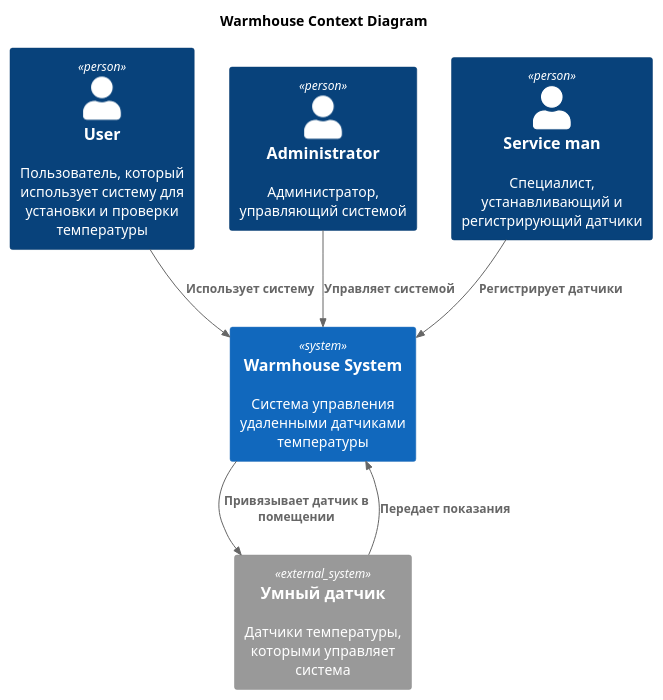
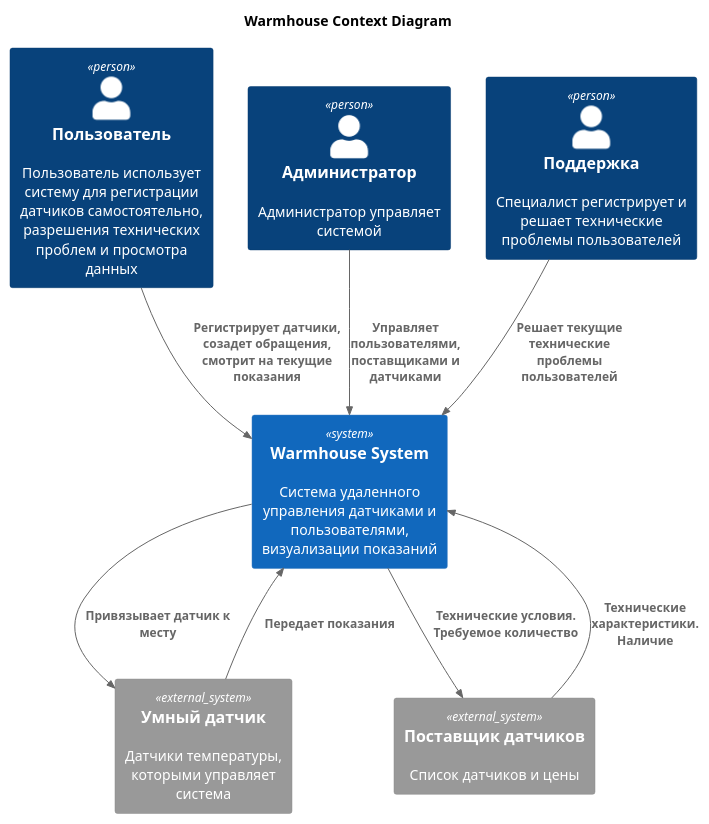
One commit to viceversag/Yandex-Architecture changed the diagram in diagrams/context/Warmhouse_context.puml. Above: the diagram before and after it, drawn with PlantUML. The commit also changed 1 other file, not shown here.

```diff
--- a/diagrams/context/Warmhouse_context.puml
+++ b/diagrams/context/Warmhouse_context.puml
@@ -1,21 +1,23 @@
 @startuml
 title Warmhouse Context Diagram
 
 top to bottom direction
 
 !includeurl https://raw.githubusercontent.com/RicardoNiepel/C4-PlantUML/master/C4_Component.puml
 
-Person(user, "User", "Пользователь, который использует систему для установки и проверки температуры")
-Person(admin, "Administrator", "Администратор, управляющий системой")
-Person(serviceman, "Service man", "Специалист, устанавливающий и регистрирующий датчики")
-System(WarmhouseSystem, "Warmhouse System", "Система управления удаленными датчиками температуры")
+Person(user, "Пользователь", "Пользователь использует систему для регистрации датчиков самостоятельно, разрешения технических проблем и просмотра данных")
+Person(admin, "Администратор", "Администратор управляет системой")
+Person(serviceman, "Поддержка", "Специалист регистрирует и решает технические проблемы пользователей")
+System(WarmhouseSystem, "Warmhouse System", "Система удаленного управления датчиками и пользователями, визуализации показаний")
 
 System_Ext(sensor, "Умный датчик", "Датчики температуры, которыми управляет система")
-'System_Ext(bank, "Bank System", "External bank for processing payments")
+System_Ext(supplier, "Поставщик датчиков", "Список датчиков и цены")
 
-Rel(user, WarmhouseSystem, "Использует систему")
-Rel(admin,WarmhouseSystem,"Управляет системой")
-Rel(serviceman, WarmhouseSystem,"Регистрирует датчики")
+Rel(user, WarmhouseSystem, "Регистрирует датчики, созадет обращения, смотрит на текущие показания")
+Rel(admin,WarmhouseSystem,"Управляет пользователями, поставщиками и датчиками")
+Rel(serviceman, WarmhouseSystem,"Решает текущие технические проблемы пользователей")
 Rel(sensor, WarmhouseSystem,"Передает показания")
-Rel(WarmhouseSystem, sensor, "Привязывает датчик в помещении")
+Rel(WarmhouseSystem, sensor, "Привязывает датчик к месту")
+Rel(WarmhouseSystem, supplier, "Технические условия. Требуемое количество")
+Rel(supplier, WarmhouseSystem, "Технические характеристики. Наличие")
 @enduml
```
